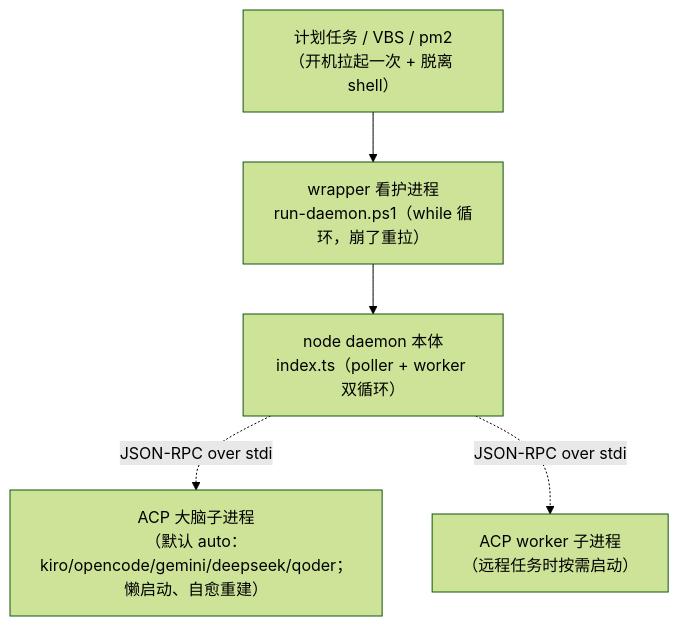
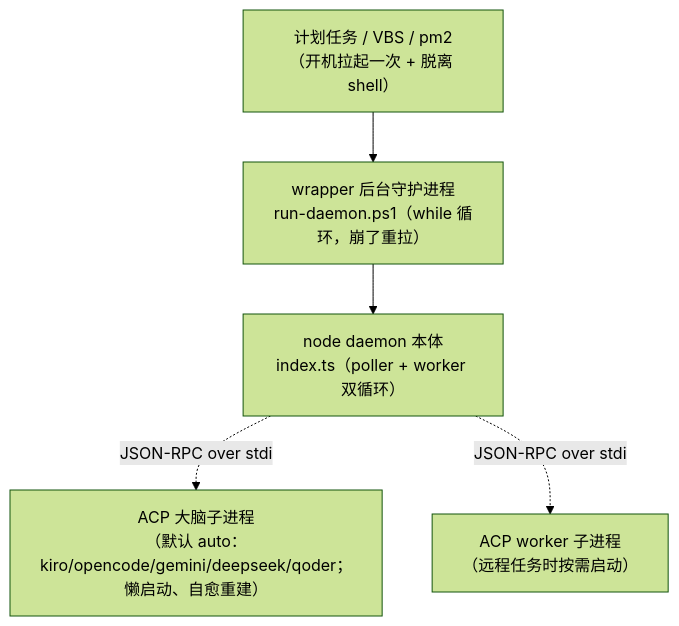
One commit to imwangpan/WeMind changed the third of 6 diagrams in docs/repowiki/02-系统架构.md. Above: the diagram before and after it, drawn with Mermaid (forest theme). The commit also changed other lines of this file and 54 other files, not shown here.

First line of the commit message:
docs+fix: 术语第四轮——daemon 不再叫「守护进程」，watchdog 统一叫「后台守护进程」，「预设」清零

````diff
--- a/docs/repowiki/02-系统架构.md
+++ b/docs/repowiki/02-系统架构.md
@@ -88,13 +88,13 @@
 ```mermaid
 graph TD
     TRIGGER["计划任务 / VBS / pm2<br/>（开机拉起一次 + 脱离 shell）"]
-    WRAPPER["wrapper 看护进程<br/>run-daemon.ps1（while 循环，崩了重拉）"]
+    WRAPPER["wrapper 后台守护进程<br/>run-daemon.ps1（while 循环，崩了重拉）"]
     NODE["node daemon 本体<br/>index.ts（poller + worker 双循环）"]
     BRAINP["ACP 大脑子进程<br/>（默认 auto：kiro/opencode/gemini/deepseek/qoder；懒启动、自愈重建）"]
     WORKERP["ACP worker 子进程<br/>（远程任务时按需启动）"]
 
     TRIGGER --> WRAPPER
     WRAPPER --> NODE
     NODE -.JSON-RPC over stdio.-> BRAINP
     NODE -.JSON-RPC over stdio.-> WORKERP
 ```
````
